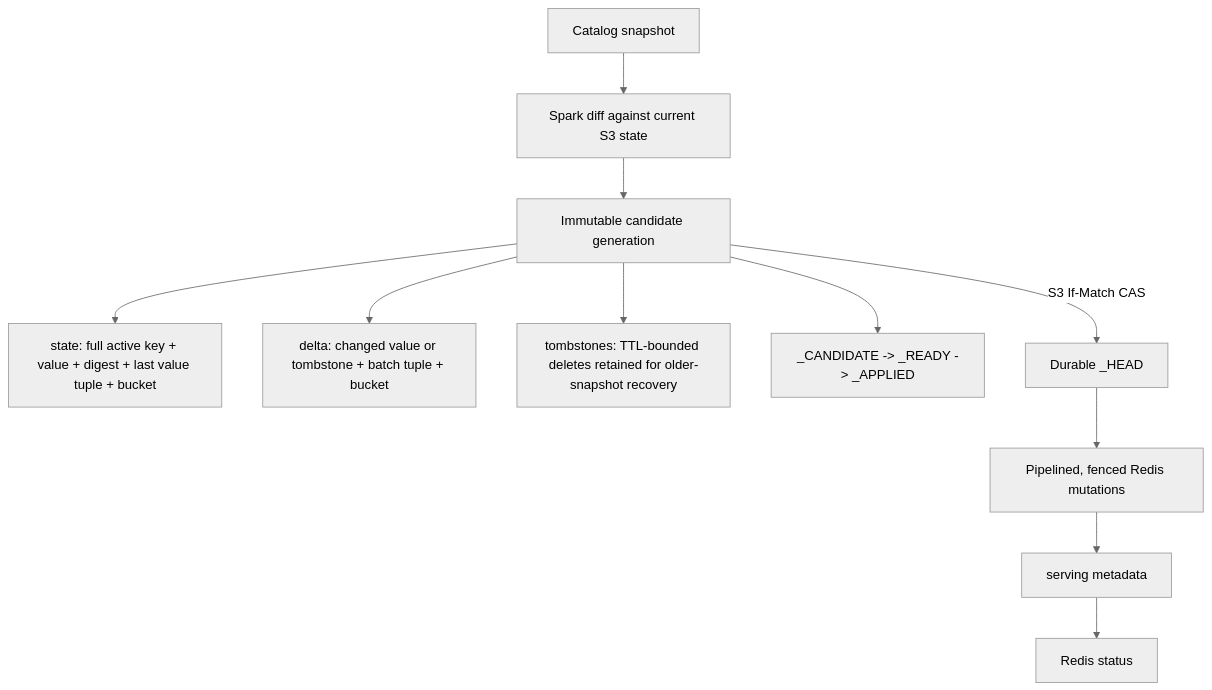
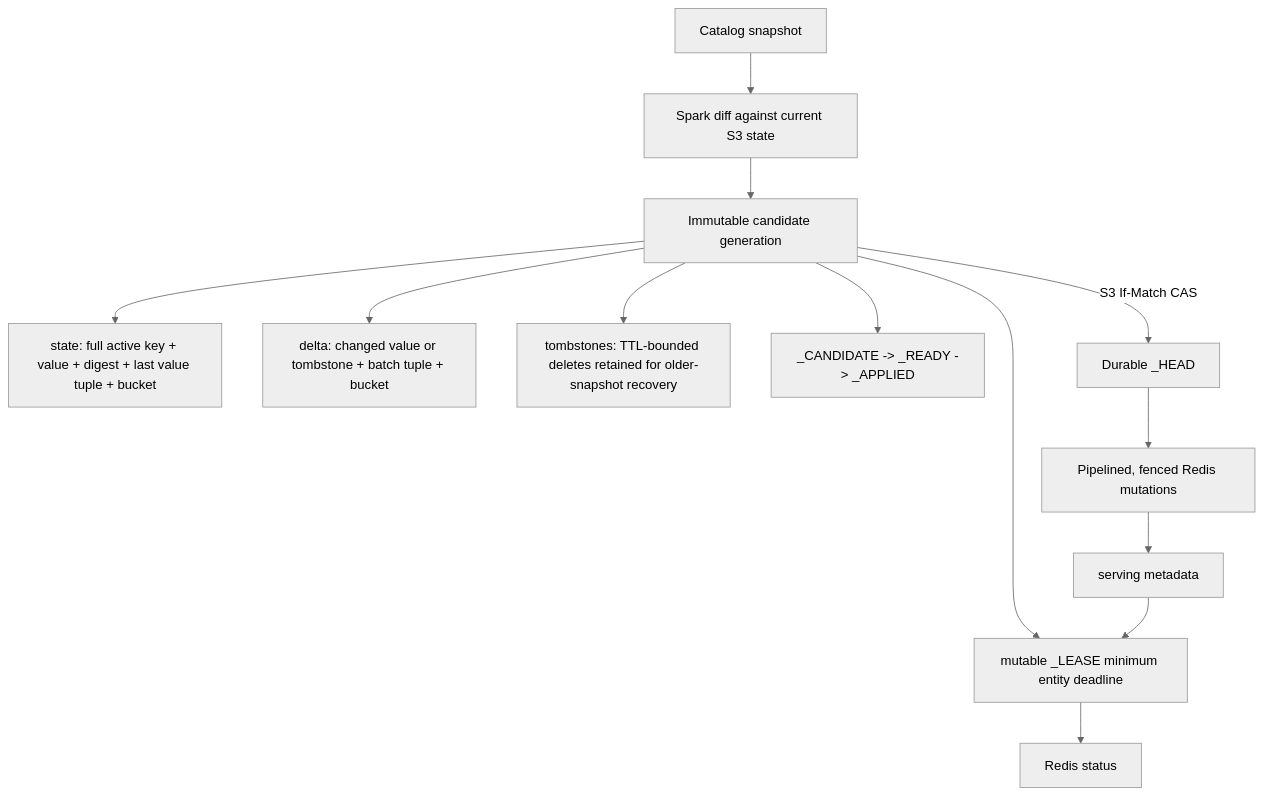
The diagram in redis/README.md (BenMagyar/zipline-chronon), drawn with Mermaid (neutral theme) before and after one commit. The commit also changed other lines of this file and 8 other files, not shown here.

````diff
--- a/redis/README.md
+++ b/redis/README.md
@@ -92,24 +92,26 @@
 ```mermaid
 flowchart TD
     catalog["Catalog snapshot"]
     diff["Spark diff against current S3 state"]
     generation["Immutable candidate generation"]
     state["state: full active key + value + digest + last value tuple + bucket"]
     delta["delta: changed value or tombstone + batch tuple + bucket"]
     tombstones["tombstones: TTL-bounded deletes retained for older-snapshot recovery"]
     records["_CANDIDATE -> _READY -> _APPLIED"]
+    lease["mutable _LEASE minimum entity deadline"]
     head["Durable _HEAD"]
     redis["Pipelined, fenced Redis mutations"]
     metadata["serving metadata"]
     status["Redis status"]
 
     catalog --> diff --> generation
     generation --> state
     generation --> delta
     generation --> tombstones
     generation --> records
+    generation --> lease
     generation -- S3 If-Match CAS --> head
     head --> redis
     redis --> metadata
-    metadata --> status
+    metadata --> lease --> status
 ```
````
